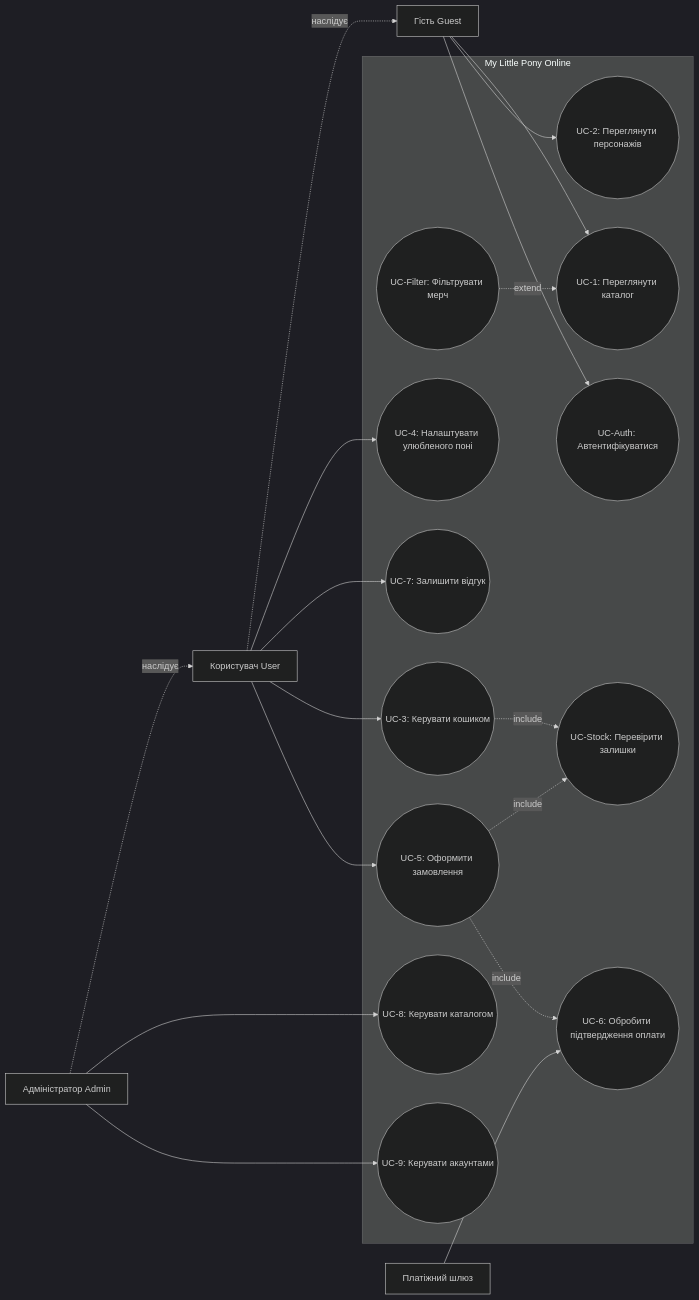
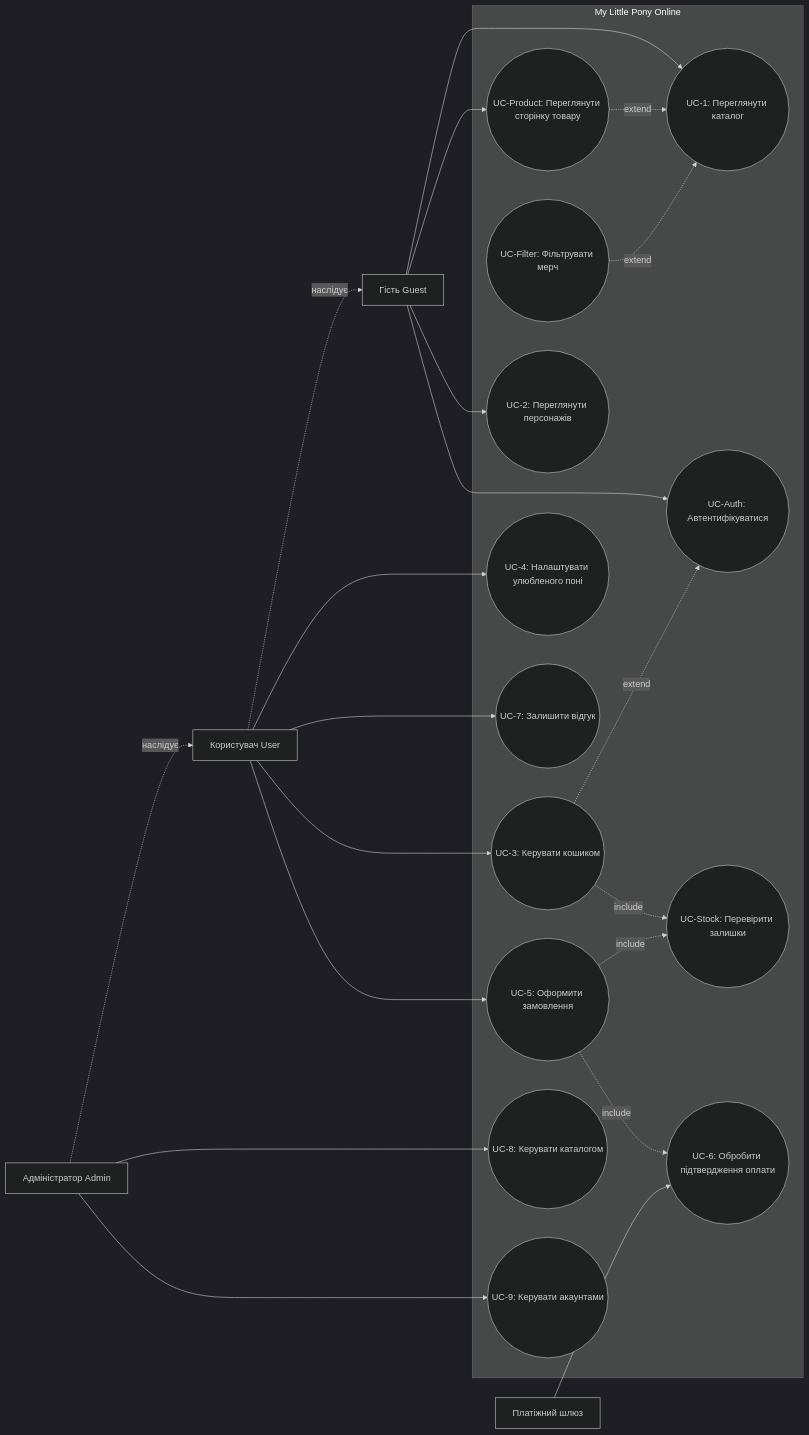
Before and after one commit to XxMariavxX/Mavpz-labs: the diagram in lab2/use_case.mmd, drawn with Mermaid (dark theme). The commit also changed 2 other files, not shown here.

```diff
--- a/lab2/use_case.mmd
+++ b/lab2/use_case.mmd
@@ -1,39 +1,43 @@
 flowchart LR
     Guest[Гість Guest]
     User[Користувач User]
     Admin[Адміністратор Admin]
     PG[Платіжний шлюз]
 
     User -.->|наслідує| Guest
     Admin -.->|наслідує| User
 
     subgraph Platform[My Little Pony Online]
         UC1((UC-1: Переглянути каталог))
+        UCP((UC-Product: Переглянути сторінку товару))
         UC2((UC-2: Переглянути персонажів))
         UCF((UC-Filter: Фільтрувати мерч))
         UCA((UC-Auth: Автентифікуватися))
         UC4((UC-4: Налаштувати улюбленого поні))
         UC7((UC-7: Залишити відгук))
         UC3((UC-3: Керувати кошиком))
         UC5((UC-5: Оформити замовлення))
         UCS((UC-Stock: Перевірити залишки))
         UC6((UC-6: Обробити підтвердження оплати))
         UC8((UC-8: Керувати каталогом))
         UC9((UC-9: Керувати акаунтами))
     end
 
     Guest --> UC1
+    Guest --> UCP
     Guest --> UC2
     Guest --> UCA
     User --> UC4
     User --> UC7
     User --> UC3
     User --> UC5
     Admin --> UC8
     Admin --> UC9
     PG --> UC6
 
     UCF -.->|extend| UC1
+    UCP -.->|extend| UC1
+    UC3 -.->|extend| UCA
     UC3 -.->|include| UCS
     UC5 -.->|include| UCS
     UC5 -.->|include| UC6
```
